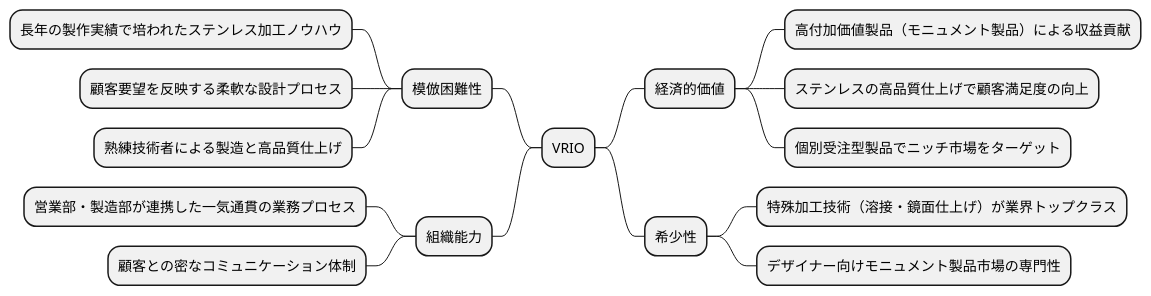
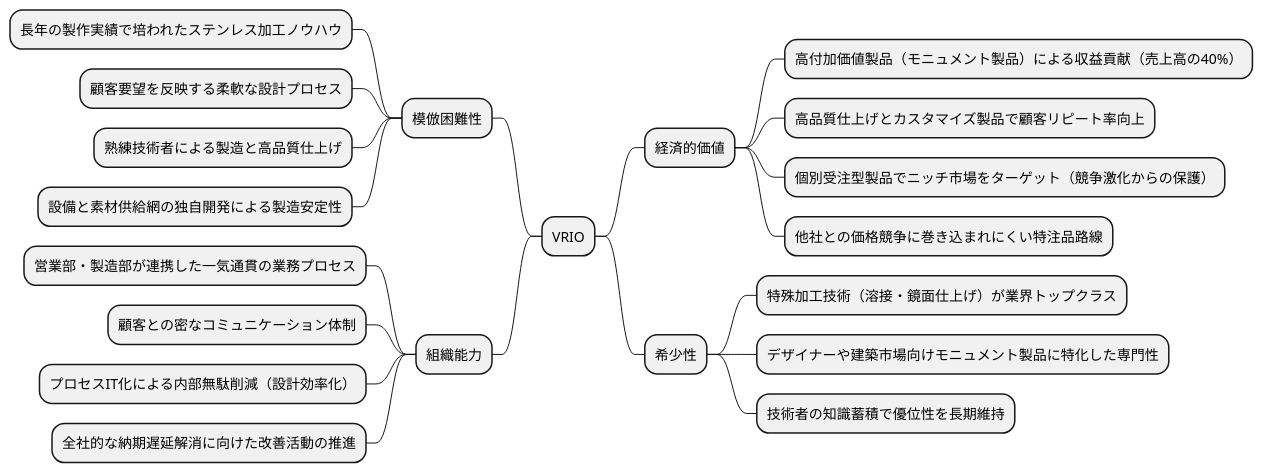
Before and after one commit to k2works/case-study-business-analysis: the fourth of 19 diagrams in docs/case/r02_case_3.adoc, drawn with PlantUML. The commit also changed other lines of this file, not shown here.

```diff
--- a/docs/case/r02_case_3.adoc
+++ b/docs/case/r02_case_3.adoc
@@ -171,23 +181,28 @@
 [plantuml]
 ----
 @startmindmap
 
 * VRIO
 ** 経済的価値
-*** 高付加価値製品（モニュメント製品）による収益貢献
-*** ステンレスの高品質仕上げで顧客満足度の向上
-*** 個別受注型製品でニッチ市場をターゲット
+*** 高付加価値製品（モニュメント製品）による収益貢献（売上高の40%）
+*** 高品質仕上げとカスタマイズ製品で顧客リピート率向上
+*** 個別受注型製品でニッチ市場をターゲット（競争激化からの保護）
+*** 他社との価格競争に巻き込まれにくい特注品路線
 ** 希少性
 *** 特殊加工技術（溶接・鏡面仕上げ）が業界トップクラス
-*** デザイナー向けモニュメント製品市場の専門性
+*** デザイナーや建築市場向けモニュメント製品に特化した専門性
+*** 技術者の知識蓄積で優位性を長期維持
 left side
 ** 模倣困難性
 *** 長年の製作実績で培われたステンレス加工ノウハウ
 *** 顧客要望を反映する柔軟な設計プロセス
 *** 熟練技術者による製造と高品質仕上げ
+*** 設備と素材供給網の独自開発による製造安定性
 ** 組織能力
 *** 営業部・製造部が連携した一気通貫の業務プロセス
 *** 顧客との密なコミュニケーション体制
+*** プロセスIT化による内部無駄削減（設計効率化）
+*** 全社的な納期遅延解消に向けた改善活動の推進
 
-@endmindmapp
+@endmindmap
 ----
```
